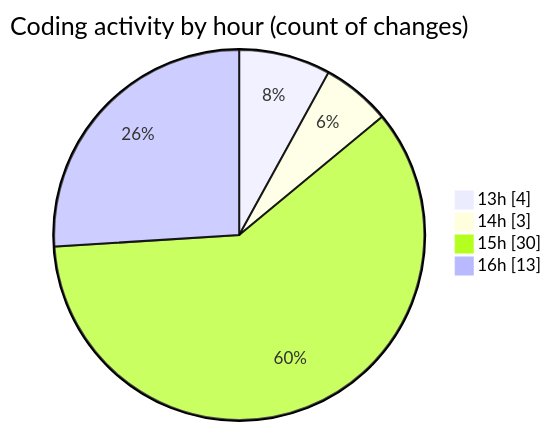
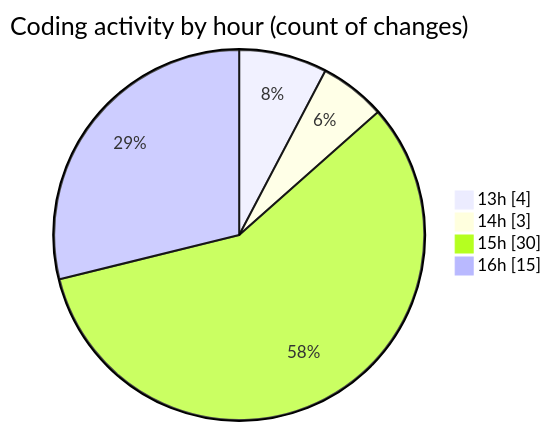
The second of 2 diagrams in 2025-08-11/ribbon/README.md (EIIisD/code-tracking), drawn with Mermaid before and after one commit. The commit also changed other lines of this file and 1 other file, not shown here.

````diff
--- a/2025-08-11/ribbon/README.md
+++ b/2025-08-11/ribbon/README.md
@@ -49,8 +49,8 @@
 ```mermaid
 pie showData
 title Coding activity by hour (count of changes)
 "13h" : 4
 "14h" : 3
 "15h" : 30
-"16h" : 13
+"16h" : 15
 ```
````
